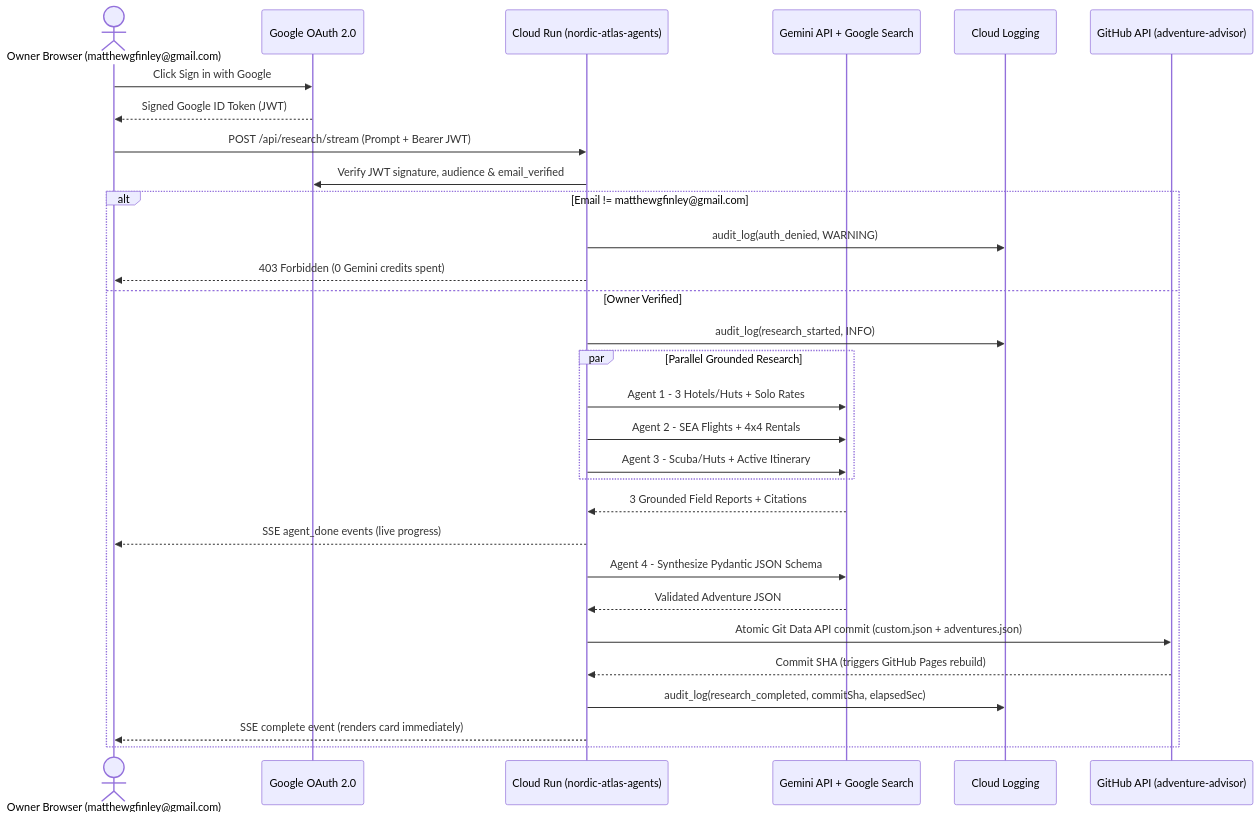
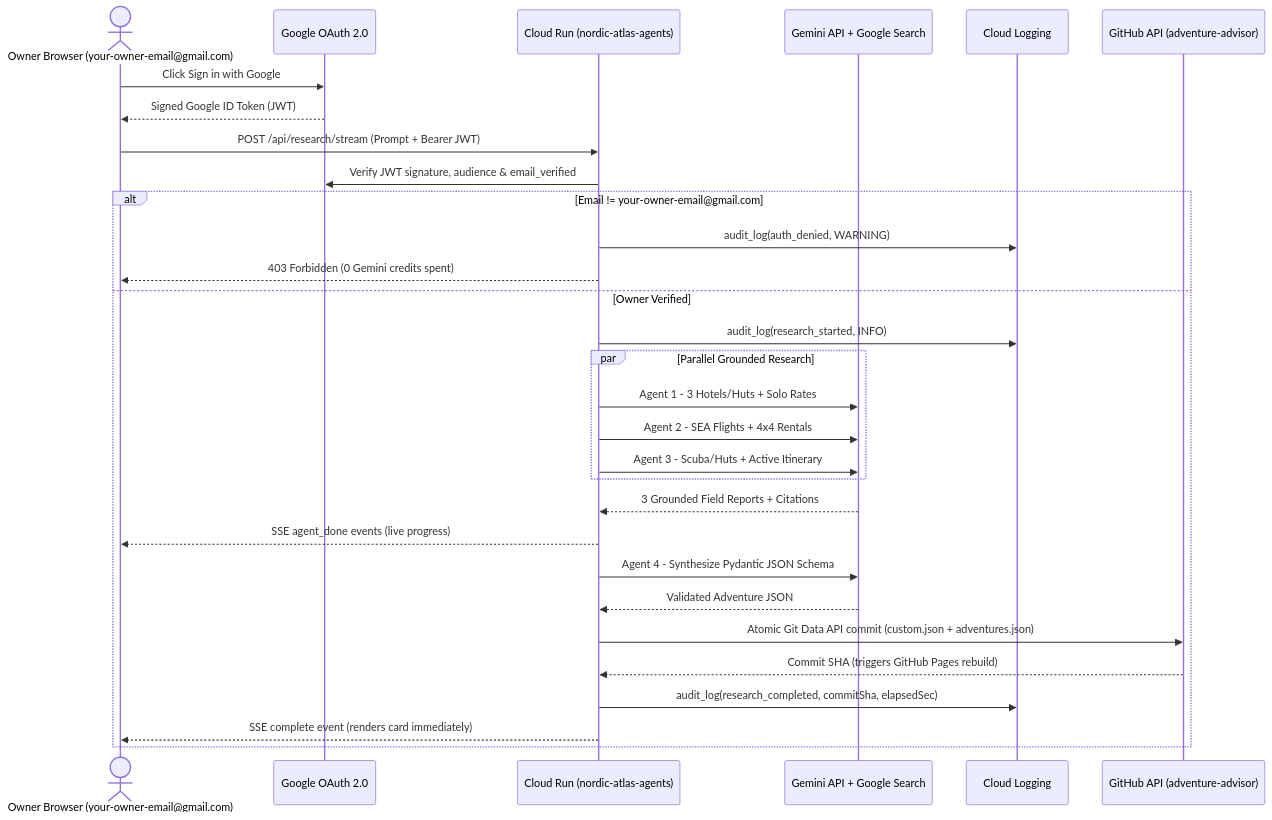
The second of 2 diagrams in docs/ARCHITECTURE.md (gfinley/adventure-advisor), drawn with Mermaid before and after one commit. The commit also changed other lines of this file and 24 other files, not shown here.

````diff
--- a/docs/ARCHITECTURE.md
+++ b/docs/ARCHITECTURE.md
@@ -91,33 +91,33 @@
 ```mermaid
 sequenceDiagram
-    actor Owner as Owner Browser (matthewgfinley@gmail.com)
+    actor Owner as Owner Browser (your-owner-email@gmail.com)
     participant Google as Google OAuth 2.0
     participant CloudRun as Cloud Run (nordic-atlas-agents)
     participant Gemini as Gemini API + Google Search
     participant Logs as Cloud Logging
     participant GitHub as GitHub API (adventure-advisor)
 
     Owner->>Google: Click Sign in with Google
     Google-->>Owner: Signed Google ID Token (JWT)
     Owner->>CloudRun: POST /api/research/stream (Prompt + Bearer JWT)
     CloudRun->>Google: Verify JWT signature, audience & email_verified
-    alt Email != matthewgfinley@gmail.com
+    alt Email != your-owner-email@gmail.com
         CloudRun->>Logs: audit_log(auth_denied, WARNING)
         CloudRun-->>Owner: 403 Forbidden (0 Gemini credits spent)
     else Owner Verified
         CloudRun->>Logs: audit_log(research_started, INFO)
         par Parallel Grounded Research
             CloudRun->>Gemini: Agent 1 - 3 Hotels/Huts + Solo Rates
             CloudRun->>Gemini: Agent 2 - SEA Flights + 4x4 Rentals
             CloudRun->>Gemini: Agent 3 - Scuba/Huts + Active Itinerary
         end
         Gemini-->>CloudRun: 3 Grounded Field Reports + Citations
         CloudRun-->>Owner: SSE agent_done events (live progress)
         CloudRun->>Gemini: Agent 4 - Synthesize Pydantic JSON Schema
         Gemini-->>CloudRun: Validated Adventure JSON
         CloudRun->>GitHub: Atomic Git Data API commit (custom.json + adventures.json)
         GitHub-->>CloudRun: Commit SHA (triggers GitHub Pages rebuild)
         CloudRun->>Logs: audit_log(research_completed, commitSha, elapsedSec)
         CloudRun-->>Owner: SSE complete event (renders card immediately)
     end
 ```
````
